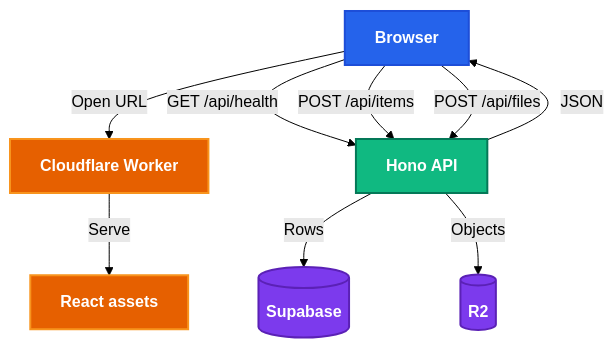
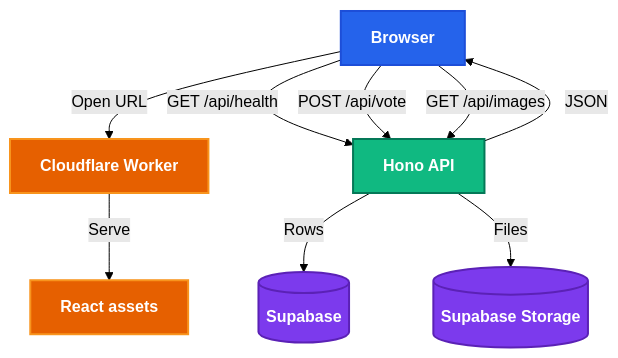
The ninth of 9 diagrams in slides/pages/part-1.md (PuttTim/orbital-26-deployment-workshop), drawn with Mermaid (forest theme) before and after one commit. The commit also changed other lines of this file, not shown here.

Commit message:
slides: update part-1 to match Supabase Storage + colors app flow

````diff
--- a/slides/pages/part-1.md
+++ b/slides/pages/part-1.md
@@ -1153,21 +1155,21 @@
 ```mermaid {scale: 0.6}
 flowchart TB
     B[Browser] -->|Open URL| W[Cloudflare Worker]
     W -->|Serve| A[React assets]
     B -->|GET /api/health| H[Hono API]
     H -->|JSON| B
-    B -->|POST /api/items| H
+    B -->|POST /api/vote| H
     H -->|Rows| S[(Supabase)]
-    B -->|POST /api/files| H
-    H -->|Objects| R[(R2)]
+    B -->|GET /api/images| H
+    H -->|Files| F[(Supabase Storage)]
 
     classDef client fill:#2563eb,color:#ffffff,stroke:#1d4ed8,stroke-width:2px,font-weight:bold
     classDef worker fill:#e66000,color:#ffffff,stroke:#f8941d,stroke-width:2px,font-weight:bold
     classDef api fill:#10b981,color:#ffffff,stroke:#047857,stroke-width:2px,font-weight:bold
     classDef data fill:#7c3aed,color:#ffffff,stroke:#5b21b6,stroke-width:2px,font-weight:bold
 
     class B client
     class W,A worker
     class H api
-    class S,R data
+    class S,F data
 ```
````
